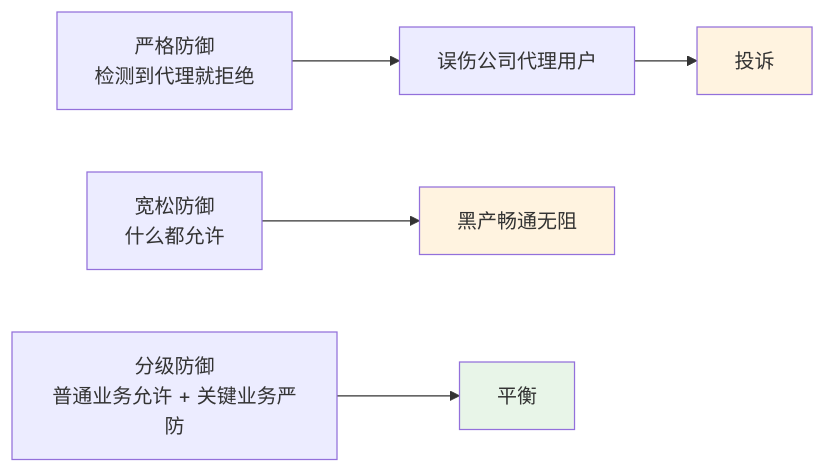
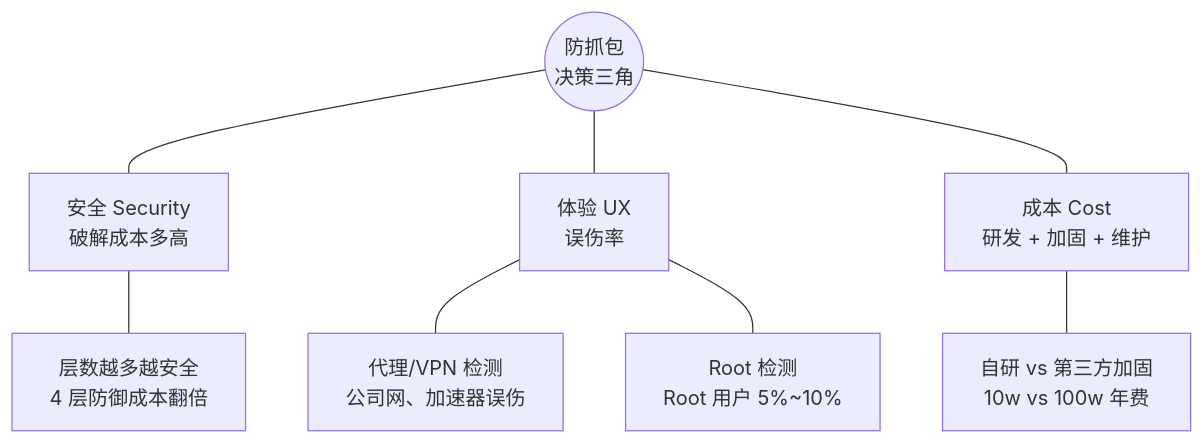
One commit to chongyang211/YCBookBlog changed the second of 10 diagrams in docs/10.真经/05.方案设计思想/17.移动端防抓包实践.md. Above: the diagram before and after it, drawn with Mermaid. The commit also changed other lines of this file and 36 other files, not shown here.

````diff
--- a/docs/10.真经/05.方案设计思想/17.移动端防抓包实践.md
+++ b/docs/10.真经/05.方案设计思想/17.移动端防抓包实践.md
@@ -149,13 +116,11 @@
 ```mermaid
-graph LR
-    A[严格防御<br/>检测到代理就拒绝] --> B[误伤公司代理用户]
-    B --> C[投诉]
-    
-    A2[宽松防御<br/>什么都允许] --> B2[黑产畅通无阻]
-    
-    A3[分级防御<br/>普通业务允许 + 关键业务严防] --> B3[平衡]
-    
-    style C fill:#fff3e0
-    style B2 fill:#fff3e0
-    style B3 fill:#e8f5e8
+graph TD
+    T((防抓包<br/>决策三角))
+    T --- S[安全 Security<br/>破解成本多高]
+    T --- U[体验 UX<br/>误伤率]
+    T --- C[成本 Cost<br/>研发 + 加固 + 维护]
+    S --- S1[层数越多越安全<br/>4 层防御成本翻倍]
+    U --- U1[代理/VPN 检测<br/>公司网、加速器误伤]
+    U --- U2[Root 检测<br/>Root 用户 5%~10%]
+    C --- C1[自研 vs 第三方加固<br/>10w vs 100w 年费]
 ```
````
